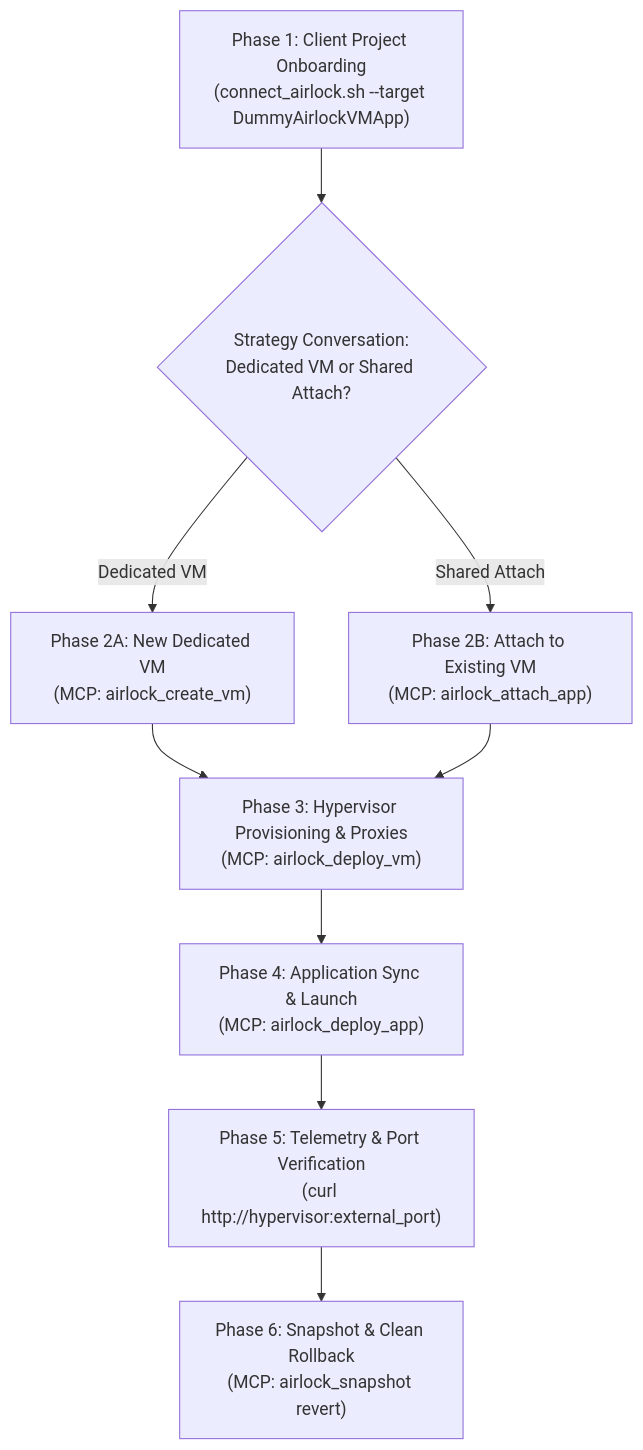
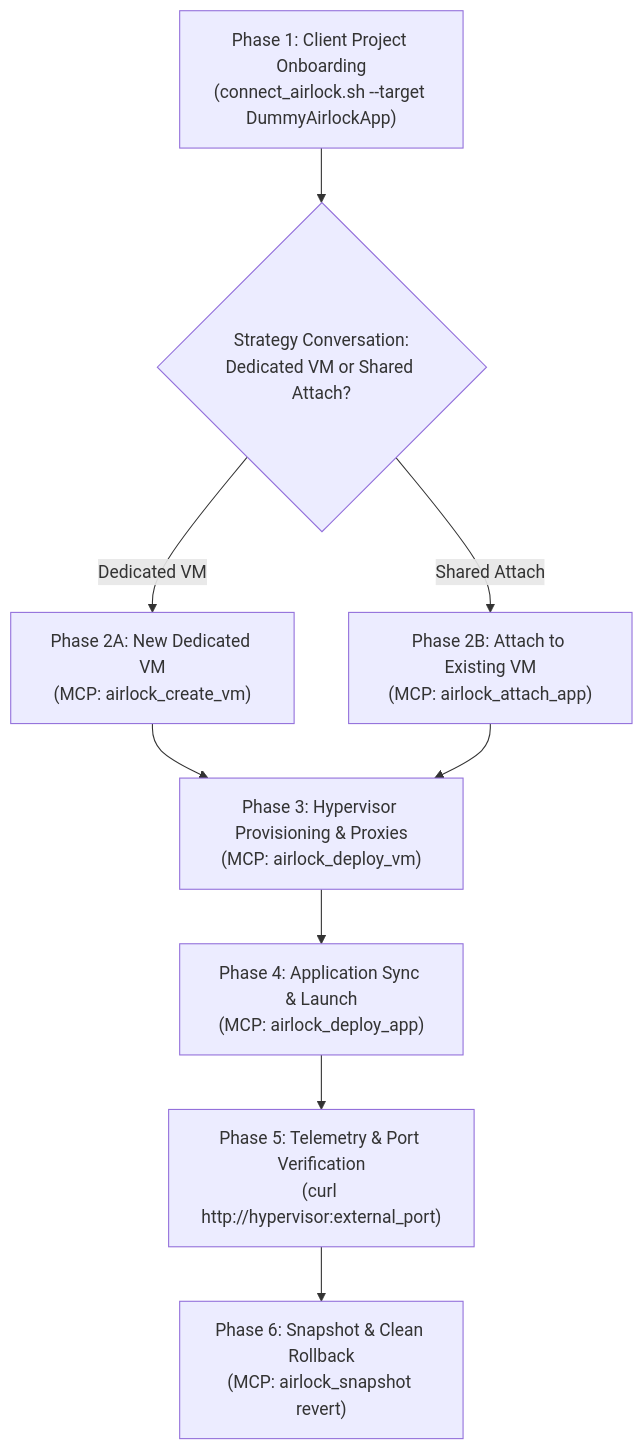
The diagram in docs/INTEGRATION_TESTING.md (simplybarter/AirlockVM), drawn with Mermaid before and after one commit. The commit also changed other lines of this file and 1 other file, not shown here.

Commit message:
docs(testing): update integration test guide for DummyAirlockApp

````diff
--- a/docs/INTEGRATION_TESTING.md
+++ b/docs/INTEGRATION_TESTING.md
@@ -38,11 +38,11 @@
 ```mermaid
 flowchart TD
-    P1["Phase 1: Client Project Onboarding<br/>(connect_airlock.sh --target DummyAirlockVMApp)"] --> Strategy{"Strategy Conversation:<br/>Dedicated VM or Shared Attach?"}
+    P1["Phase 1: Client Project Onboarding<br/>(connect_airlock.sh --target DummyAirlockApp)"] --> Strategy{"Strategy Conversation:<br/>Dedicated VM or Shared Attach?"}
     Strategy -->|Dedicated VM| P2A["Phase 2A: New Dedicated VM<br/>(MCP: airlock_create_vm)"]
     Strategy -->|Shared Attach| P2B["Phase 2B: Attach to Existing VM<br/>(MCP: airlock_attach_app)"]
     P2A --> P3["Phase 3: Hypervisor Provisioning & Proxies<br/>(MCP: airlock_deploy_vm)"]
     P2B --> P3
     P3 --> P4["Phase 4: Application Sync & Launch<br/>(MCP: airlock_deploy_app)"]
     P4 --> P5["Phase 5: Telemetry & Port Verification<br/>(curl http://hypervisor:external_port)"]
     P5 --> P6["Phase 6: Snapshot & Clean Rollback<br/>(MCP: airlock_snapshot revert)"]
 ```
````
